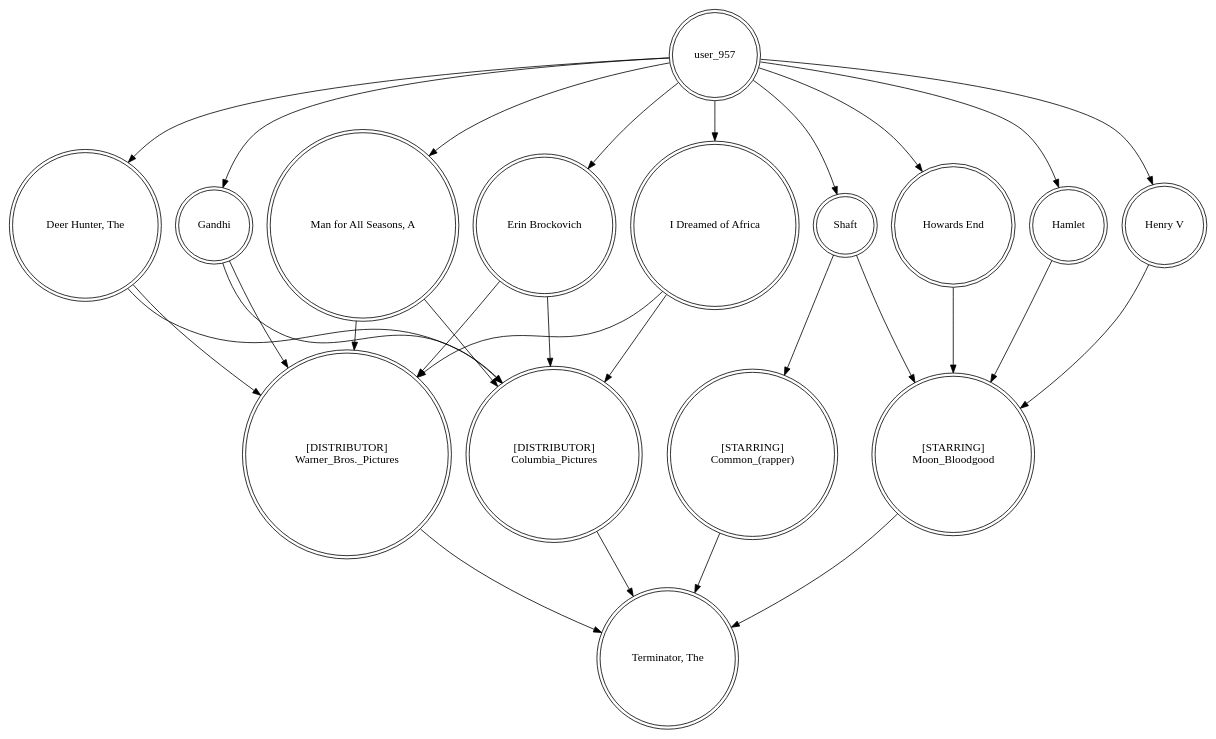
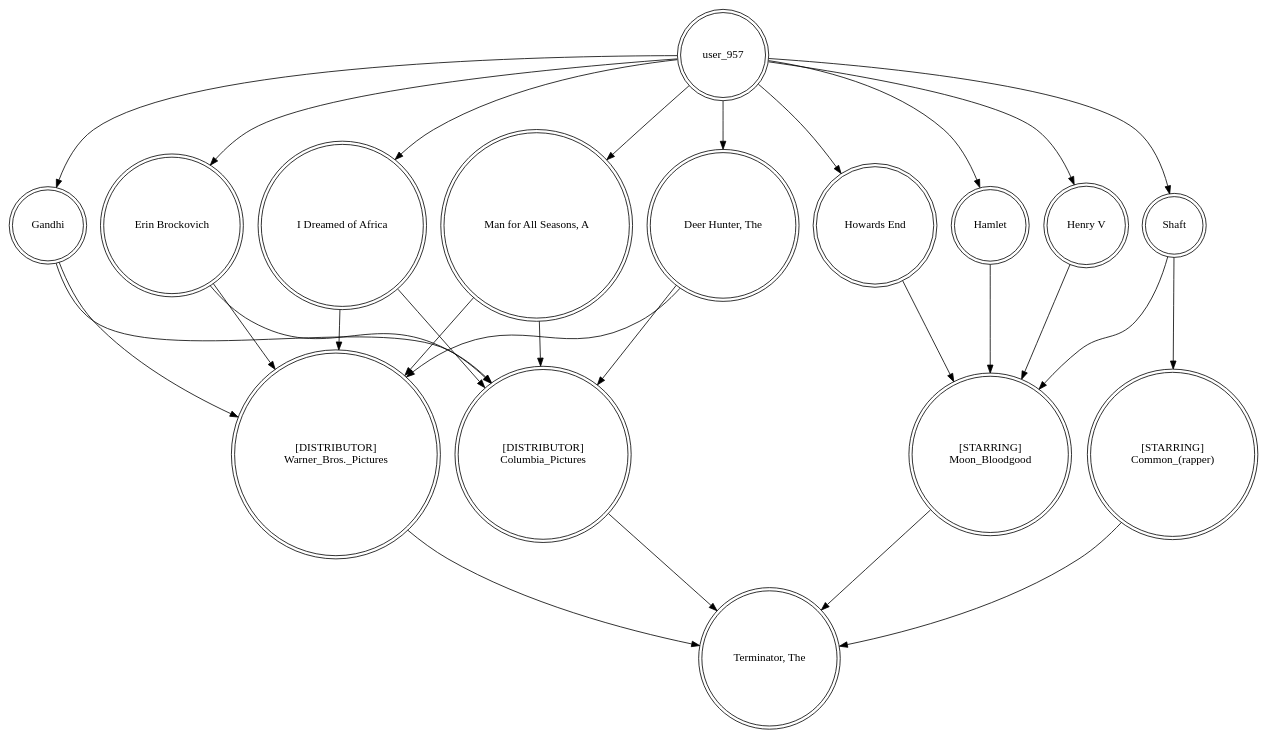
One commit to saiteja-siddana/Movie-Recommendations-GUI changed the diagram in cache/kgr_graph_user-user_957_item-1240.gv. Above: the diagram before and after it, drawn with Graphviz. The commit also changed other lines of this file and 244 other files, not shown here.

Commit message:
Added demo and updated old deprecated graphviz code

```diff
--- a/cache/kgr_graph_user-user_957_item-1240.gv
+++ b/cache/kgr_graph_user-user_957_item-1240.gv
@@ -1,50 +1,50 @@
 digraph finite_state_machine {
 	node [shape=doublecircle]
+	user_957 -> "Howards End"
+	"[DISTRIBUTOR]
+Warner_Bros._Pictures" -> "Terminator, The"
+	user_957 -> Hamlet
+	"Howards End" -> "[STARRING]
+Moon_Bloodgood"
+	"Henry V" -> "[STARRING]
+Moon_Bloodgood"
+	user_957 -> "I Dreamed of Africa"
 	user_957 -> "Man for All Seasons, A"
+	"[STARRING]
+Moon_Bloodgood" -> "Terminator, The"
+	"I Dreamed of Africa" -> "[DISTRIBUTOR]
+Columbia_Pictures"
+	user_957 -> Shaft
+	"Deer Hunter, The" -> "[DISTRIBUTOR]
+Columbia_Pictures"
+	"Man for All Seasons, A" -> "[DISTRIBUTOR]
+Columbia_Pictures"
+	Gandhi -> "[DISTRIBUTOR]
+Columbia_Pictures"
+	"I Dreamed of Africa" -> "[DISTRIBUTOR]
+Warner_Bros._Pictures"
+	Shaft -> "[STARRING]
+Common_(rapper)"
+	Shaft -> "[STARRING]
+Moon_Bloodgood"
+	Hamlet -> "[STARRING]
+Moon_Bloodgood"
+	"Erin Brockovich" -> "[DISTRIBUTOR]
+Columbia_Pictures"
+	user_957 -> "Deer Hunter, The"
+	"[DISTRIBUTOR]
+Columbia_Pictures" -> "Terminator, The"
+	"Deer Hunter, The" -> "[DISTRIBUTOR]
+Warner_Bros._Pictures"
+	user_957 -> "Henry V"
+	"Man for All Seasons, A" -> "[DISTRIBUTOR]
+Warner_Bros._Pictures"
+	user_957 -> Gandhi
+	"[STARRING]
+Common_(rapper)" -> "Terminator, The"
+	Gandhi -> "[DISTRIBUTOR]
+Warner_Bros._Pictures"
 	user_957 -> "Erin Brockovich"
 	"Erin Brockovich" -> "[DISTRIBUTOR]
 Warner_Bros._Pictures"
-	Shaft -> "[STARRING]
-Common_(rapper)"
-	"I Dreamed of Africa" -> "[DISTRIBUTOR]
-Columbia_Pictures"
-	"Howards End" -> "[STARRING]
-Moon_Bloodgood"
-	Hamlet -> "[STARRING]
-Moon_Bloodgood"
-	user_957 -> Shaft
-	user_957 -> "Deer Hunter, The"
-	"Deer Hunter, The" -> "[DISTRIBUTOR]
-Columbia_Pictures"
-	"Henry V" -> "[STARRING]
-Moon_Bloodgood"
-	"[STARRING]
-Moon_Bloodgood" -> "Terminator, The"
-	Gandhi -> "[DISTRIBUTOR]
-Warner_Bros._Pictures"
-	"Deer Hunter, The" -> "[DISTRIBUTOR]
-Warner_Bros._Pictures"
-	"[DISTRIBUTOR]
-Warner_Bros._Pictures" -> "Terminator, The"
-	Gandhi -> "[DISTRIBUTOR]
-Columbia_Pictures"
-	user_957 -> "Howards End"
-	user_957 -> "I Dreamed of Africa"
-	"[DISTRIBUTOR]
-Columbia_Pictures" -> "Terminator, The"
-	user_957 -> Gandhi
-	user_957 -> "Henry V"
-	"[STARRING]
-Common_(rapper)" -> "Terminator, The"
-	"I Dreamed of Africa" -> "[DISTRIBUTOR]
-Warner_Bros._Pictures"
-	"Erin Brockovich" -> "[DISTRIBUTOR]
-Columbia_Pictures"
-	"Man for All Seasons, A" -> "[DISTRIBUTOR]
-Warner_Bros._Pictures"
-	"Man for All Seasons, A" -> "[DISTRIBUTOR]
-Columbia_Pictures"
-	user_957 -> Hamlet
-	Shaft -> "[STARRING]
-Moon_Bloodgood"
 }
```
